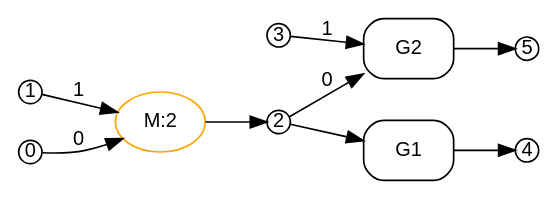
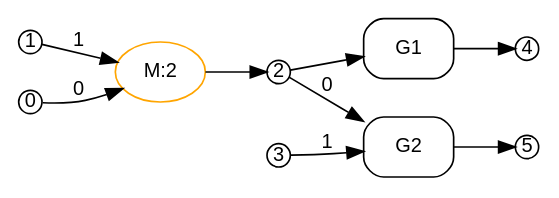
Before and after one commit to ammatsui/bhypvis: the diagram in crates/bhyp/images/test_copy_subst_commute/path2_substitution_result_span_left.dot, drawn with Graphviz. The commit also changed other lines of this file and 820 other files, not shown here.

Commit message:
remove reduncancies in architecture design

```diff
--- a/crates/bhyp/images/test_copy_subst_commute/path2_substitution_result_span_left.dot
+++ b/crates/bhyp/images/test_copy_subst_commute/path2_substitution_result_span_left.dot
@@ -1,32 +1,32 @@
 digraph path2_substitution_result_span_left {
   fontname="Helvetica"
   fontsize=12
   rankdir=LR;
   node [fontname="Helvetica", fontsize=12];
   edge [fontname="Helvetica", fontsize=12];
 
   // Nodes
+  n1 [label="1", shape=circle, style=filled, fillcolor=white, color="black", width=0.2, height=0.2, fixedsize=true];
+  n5 [label="5", shape=circle, style=filled, fillcolor=white, color="black", width=0.2, height=0.2, fixedsize=true];
+  n0 [label="0", shape=circle, style=filled, fillcolor=white, color="black", width=0.2, height=0.2, fixedsize=true];
   n2 [label="2", shape=circle, style=filled, fillcolor=white, color="black", width=0.2, height=0.2, fixedsize=true];
-  n5 [label="5", shape=circle, style=filled, fillcolor=white, color="black", width=0.2, height=0.2, fixedsize=true];
-  n1 [label="1", shape=circle, style=filled, fillcolor=white, color="black", width=0.2, height=0.2, fixedsize=true];
-  n0 [label="0", shape=circle, style=filled, fillcolor=white, color="black", width=0.2, height=0.2, fixedsize=true];
   n3 [label="3", shape=circle, style=filled, fillcolor=white, color="black", width=0.2, height=0.2, fixedsize=true];
   n4 [label="4", shape=circle, style=filled, fillcolor=white, color="black", width=0.2, height=0.2, fixedsize=true];
 
   // Hyperedges
+  e0 [label="M:2", shape=ellipse, style=rounded, color="orange"];
+  e1 [label="G2", shape=box, style=rounded, color="black"];
   e2 [label="G1", shape=box, style=rounded, color="black"];
-  e1 [label="G2", shape=box, style=rounded, color="black"];
-  e0 [label="M:2", shape=ellipse, style=rounded, color="orange"];
 
   // Source connections
-  n2 -> e2 [label=""];
+  n0 -> e0 [label="0"];
+  n1 -> e0 [label="1"];
   n2 -> e1 [label="0"];
   n3 -> e1 [label="1"];
-  n0 -> e0 [label="0"];
-  n1 -> e0 [label="1"];
+  n2 -> e2 [label=""];
 
   // Target connections
+  e0 -> n2 [label=""];
+  e1 -> n5 [label=""];
   e2 -> n4 [label=""];
-  e1 -> n5 [label=""];
-  e0 -> n2 [label=""];
 }
```
